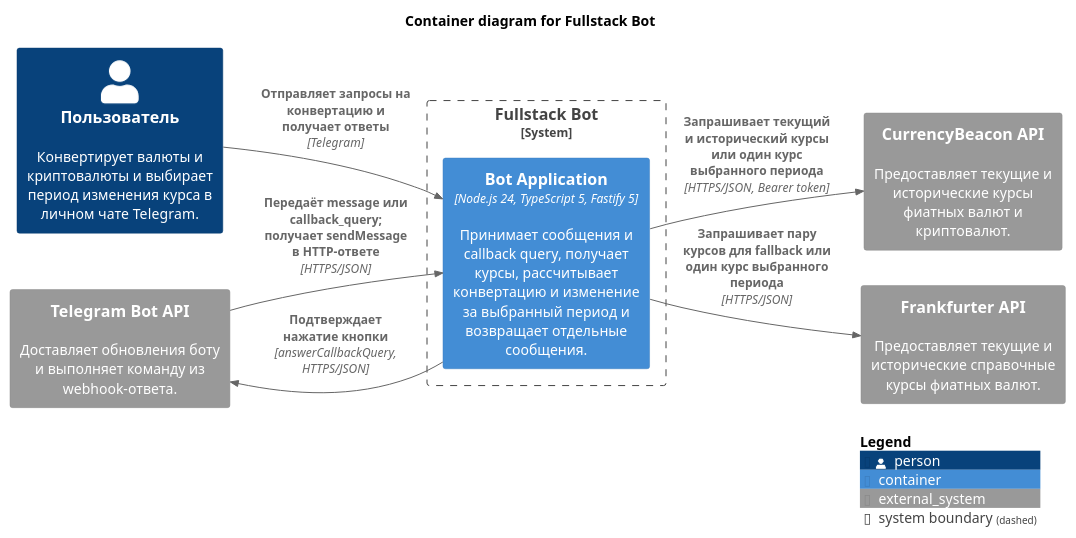
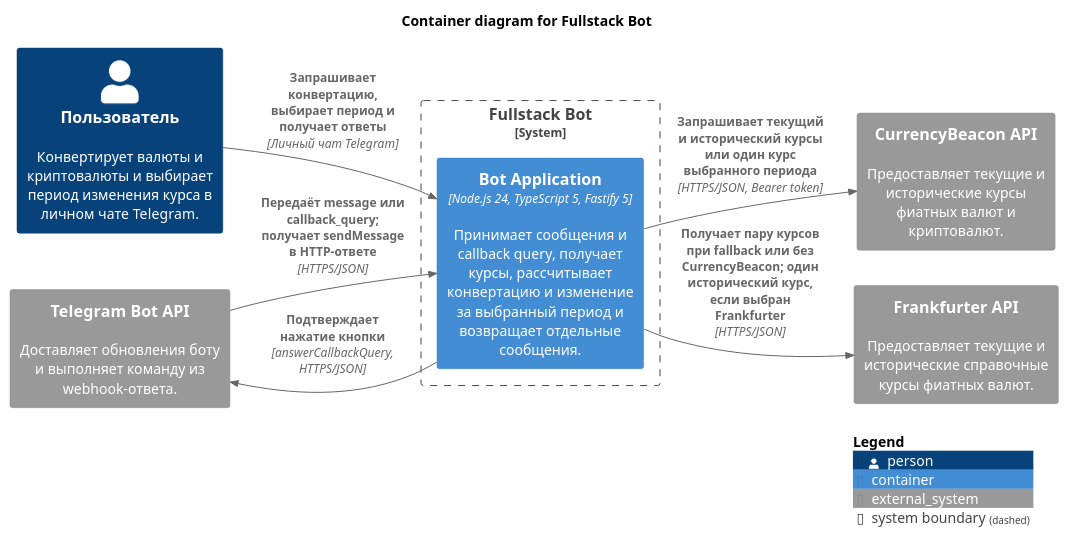
Before and after one commit to yarek-dev/FastestCurrency: the diagram in docs/architecture/c4-containers.puml, drawn with PlantUML. The commit also changed 3 other files, not shown here.

```diff
--- a/docs/architecture/c4-containers.puml
+++ b/docs/architecture/c4-containers.puml
@@ -1,25 +1,25 @@
 @startuml Fullstack Bot - Containers
 !include <C4/C4_Container>
 
 title Container diagram for Fullstack Bot
 
 LAYOUT_LEFT_RIGHT()
 
 Person(user, "Пользователь", "Конвертирует валюты и криптовалюты и выбирает период изменения курса в личном чате Telegram.")
 
 System_Ext(telegram, "Telegram Bot API", "Доставляет обновления боту и выполняет команду из webhook-ответа.")
 System_Ext(currency_beacon, "CurrencyBeacon API", "Предоставляет текущие и исторические курсы фиатных валют и криптовалют.")
 System_Ext(frankfurter, "Frankfurter API", "Предоставляет текущие и исторические справочные курсы фиатных валют.")
 
 System_Boundary(fullstack_bot, "Fullstack Bot") {
   Container(bot_app, "Bot Application", "Node.js 24, TypeScript 5, Fastify 5", "Принимает сообщения и callback query, получает курсы, рассчитывает конвертацию и изменение за выбранный период и возвращает отдельные сообщения.")
 }
 
-Rel(user, bot_app, "Отправляет запросы на конвертацию и получает ответы", "Telegram")
+Rel(user, bot_app, "Запрашивает конвертацию, выбирает период и получает ответы", "Личный чат Telegram")
 Rel(telegram, bot_app, "Передаёт message или callback_query; получает sendMessage в HTTP-ответе", "HTTPS/JSON")
 Rel(bot_app, telegram, "Подтверждает нажатие кнопки", "answerCallbackQuery, HTTPS/JSON")
 Rel(bot_app, currency_beacon, "Запрашивает текущий и исторический курсы или один курс выбранного периода", "HTTPS/JSON, Bearer token")
-Rel(bot_app, frankfurter, "Запрашивает пару курсов для fallback или один курс выбранного периода", "HTTPS/JSON")
+Rel(bot_app, frankfurter, "Получает пару курсов при fallback или без CurrencyBeacon; один исторический курс, если выбран Frankfurter", "HTTPS/JSON")
 
 SHOW_LEGEND()
 @enduml
```
